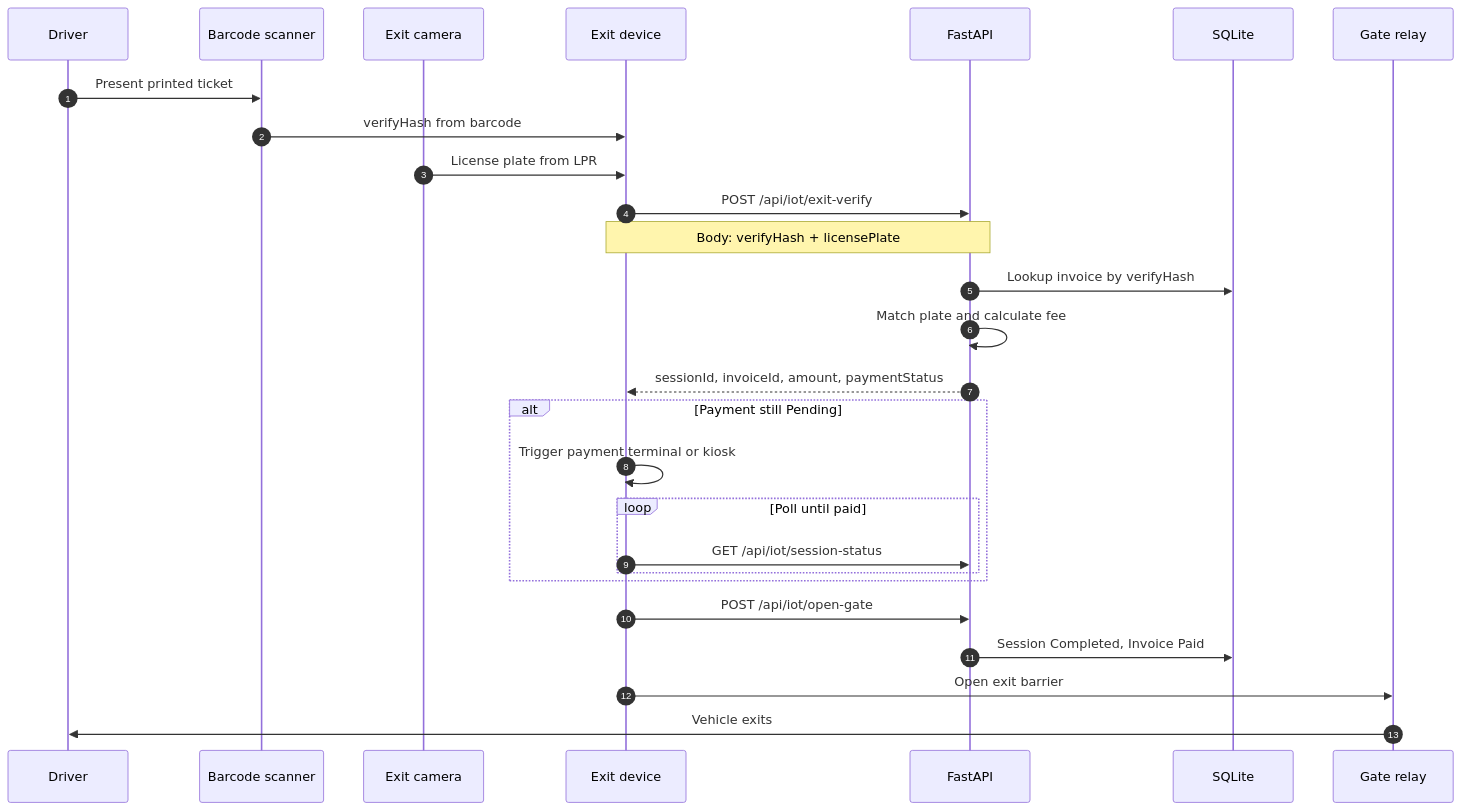
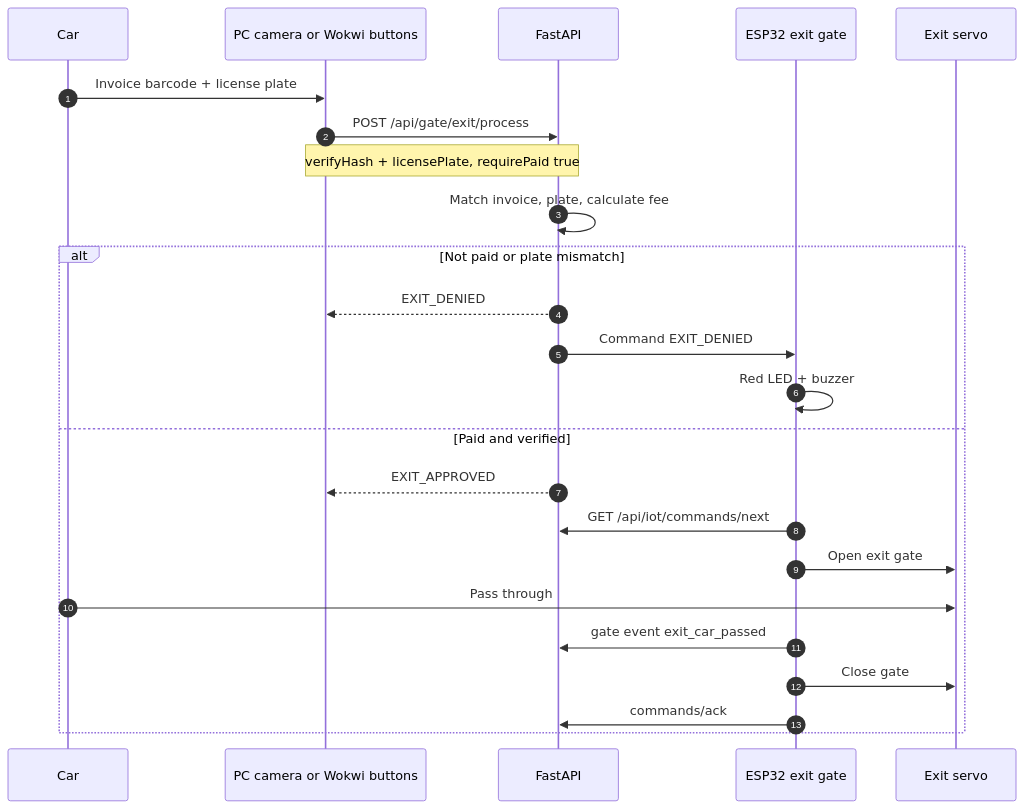
Before and after one commit to Kimheang-code-IT/IOT-Parking-system: the third of 4 diagrams in README.md, drawn with Mermaid. The commit also changed other lines of this file and 17 other files, not shown here.

````diff
--- a/README.md
+++ b/README.md
@@ -213,33 +220,29 @@
 ```mermaid
 sequenceDiagram
     autonumber
-    participant Driver
-    participant Scan as Barcode scanner
-    participant Cam as Exit camera
-    participant Dev as Exit device
+    participant Car
+    participant Cam as PC camera or Wokwi buttons
     participant API as FastAPI
-    participant DB as SQLite
-    participant Gate as Gate relay
+    participant ESP as ESP32 exit gate
+    participant S as Exit servo
 
-    Driver->>Scan: Present printed ticket
-    Scan->>Dev: verifyHash from barcode
-    Cam->>Dev: License plate from LPR
-    Dev->>API: POST /api/iot/exit-verify
-    Note over Dev,API: Body: verifyHash + licensePlate
+    Car->>Cam: Invoice barcode + license plate
+    Cam->>API: POST /api/gate/exit/process
+    Note over Cam,API: verifyHash + licensePlate, requirePaid true
 
-    API->>DB: Lookup invoice by verifyHash
-    API->>API: Match plate and calculate fee
-    API-->>Dev: sessionId, invoiceId, amount, paymentStatus
+    API->>API: Match invoice, plate, calculate fee
 
-    alt Payment still Pending
-        Dev->>Dev: Trigger payment terminal or kiosk
-        loop Poll until paid
-            Dev->>API: GET /api/iot/session-status
-        end
+    alt Not paid or plate mismatch
+        API-->>Cam: EXIT_DENIED
+        API->>ESP: Command EXIT_DENIED
+        ESP->>ESP: Red LED + buzzer
+    else Paid and verified
+        API-->>Cam: EXIT_APPROVED
+        ESP->>API: GET /api/iot/commands/next
+        ESP->>S: Open exit gate
+        Car->>S: Pass through
+        ESP->>API: gate event exit_car_passed
+        ESP->>S: Close gate
+        ESP->>API: commands/ack
     end
-
-    Dev->>API: POST /api/iot/open-gate
-    API->>DB: Session Completed, Invoice Paid
-    Dev->>Gate: Open exit barrier
-    Gate->>Driver: Vehicle exits
 ```
````
